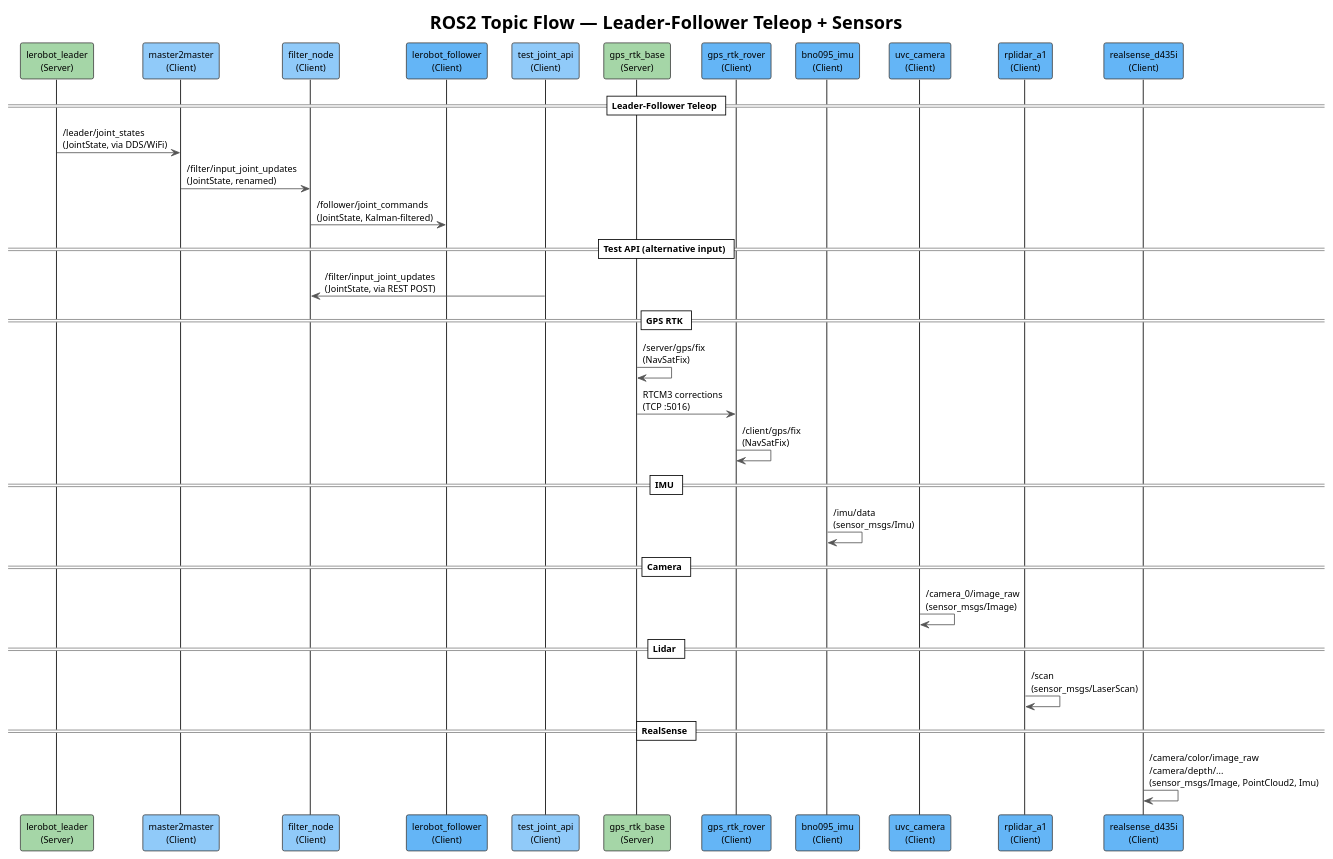
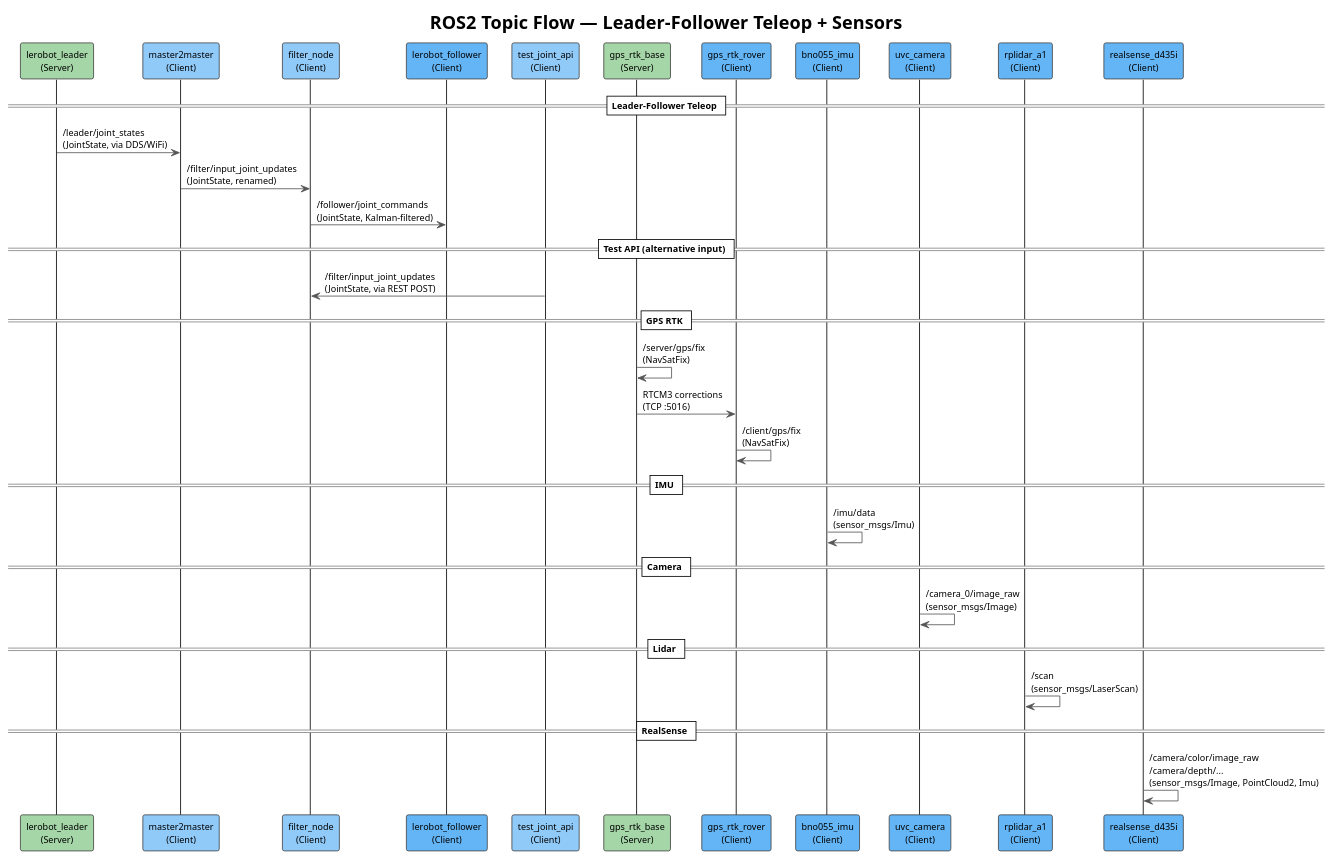
One commit to szymonrychu/ros2-lerobot-swerve-platform changed the diagram in docs/diagrams/topic_flow.puml. Above: the diagram before and after it, drawn with PlantUML. The commit also changed 24 other files, not shown here.

First line of the commit message:
fix: rename IMU node to bno055 and align config names

```diff
--- a/docs/diagrams/topic_flow.puml
+++ b/docs/diagrams/topic_flow.puml
@@ -1,60 +1,60 @@
 @startuml topic_flow
 !theme plain
 skinparam backgroundColor white
 skinparam defaultFontSize 11
 skinparam actorBorderColor #444
 skinparam participantBorderColor #444
 skinparam arrowColor #555
 
 title ROS2 Topic Flow — Leader–Follower Teleop + Sensors
 
 participant "lerobot_leader\n(Server)" as leader #A5D6A7
 participant "master2master\n(Client)" as m2m #90CAF9
 participant "filter_node\n(Client)" as filter #90CAF9
 participant "lerobot_follower\n(Client)" as follower #64B5F6
 participant "test_joint_api\n(Client)" as testapi #90CAF9
 
 == Leader–Follower Teleop ==
 
 leader -> m2m : /leader/joint_states\n(JointState, via DDS/WiFi)
 m2m -> filter : /filter/input_joint_updates\n(JointState, renamed)
 filter -> follower : /follower/joint_commands\n(JointState, Kalman-filtered)
 
 == Test API (alternative input) ==
 
 testapi -> filter : /filter/input_joint_updates\n(JointState, via REST POST)
 
 == GPS RTK ==
 
 participant "gps_rtk_base\n(Server)" as gps_base #A5D6A7
 participant "gps_rtk_rover\n(Client)" as gps_rover #64B5F6
 
 gps_base -> gps_base : /server/gps/fix\n(NavSatFix)
 gps_base -> gps_rover : RTCM3 corrections\n(TCP :5016)
 gps_rover -> gps_rover : /client/gps/fix\n(NavSatFix)
 
 == IMU ==
 
-participant "bno095_imu\n(Client)" as imu #64B5F6
+participant "bno055_imu\n(Client)" as imu #64B5F6
 
 imu -> imu : /imu/data\n(sensor_msgs/Imu)
 
 == Camera ==
 
 participant "uvc_camera\n(Client)" as cam #64B5F6
 
 cam -> cam : /camera_0/image_raw\n(sensor_msgs/Image)
 
 == Lidar ==
 
 participant "rplidar_a1\n(Client)" as rplidar #64B5F6
 
 rplidar -> rplidar : /scan\n(sensor_msgs/LaserScan)
 
 == RealSense ==
 
 participant "realsense_d435i\n(Client)" as realsense #64B5F6
 
 realsense -> realsense : /camera/color/image_raw\n/camera/depth/...\n(sensor_msgs/Image, PointCloud2, Imu)
 
 @enduml
```
